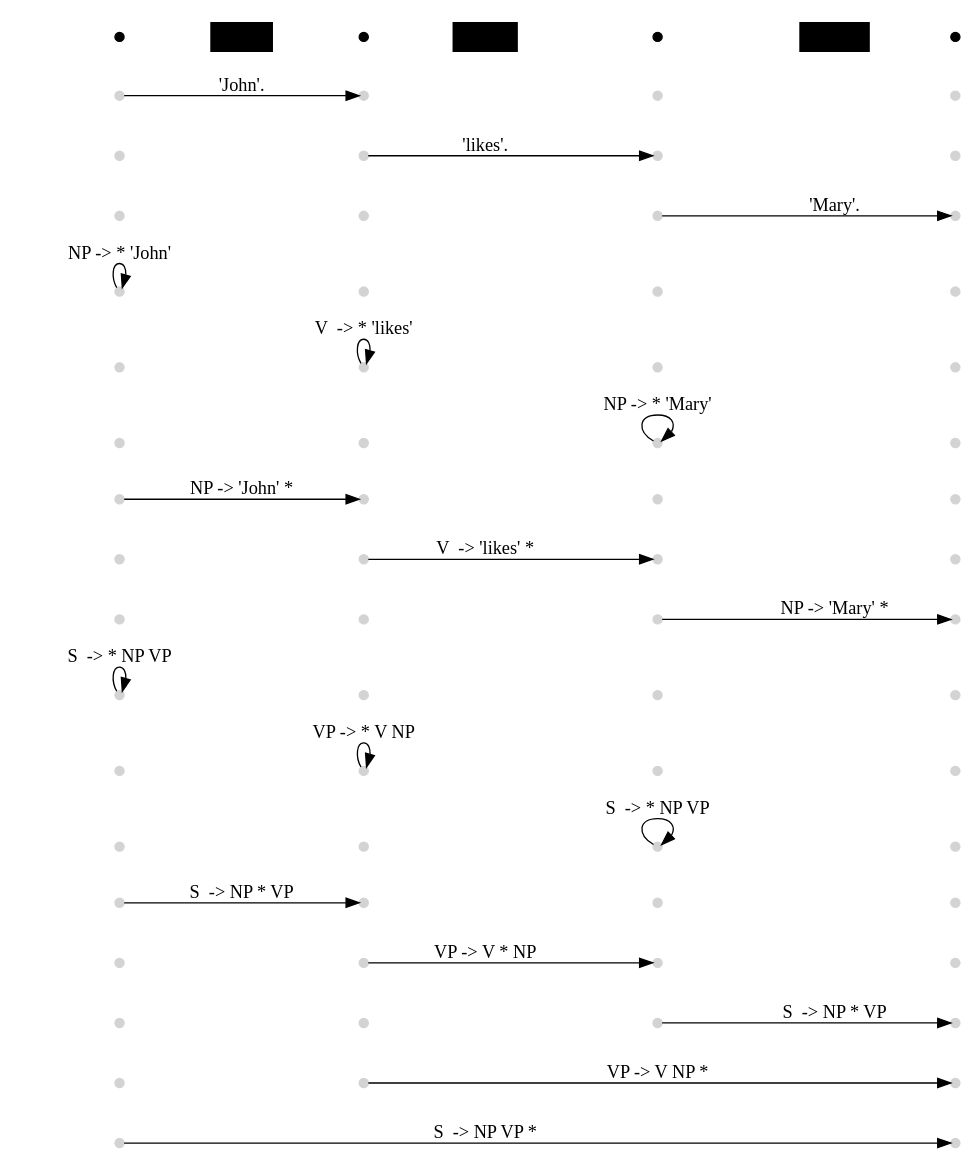
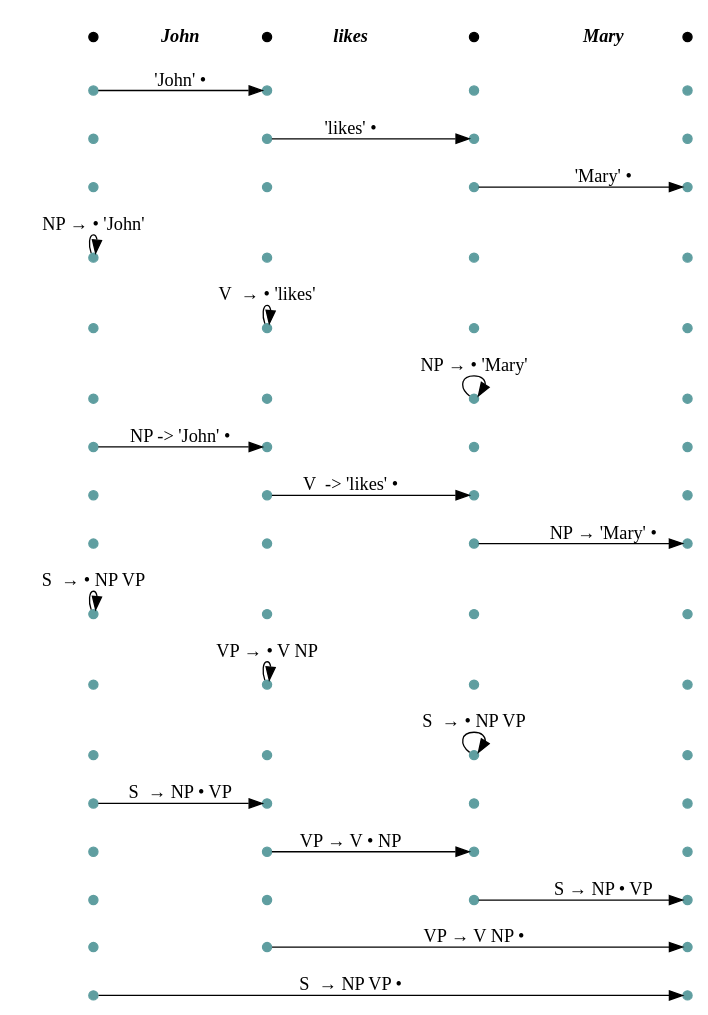
One commit to nltk/nltk_book changed the diagram in images/chart_bottom_up.dot. Above: the diagram before and after it, drawn with Graphviz. The commit also changed 22 other files, not shown here.

```diff
--- a/images/chart_bottom_up.dot
+++ b/images/chart_bottom_up.dot
@@ -1,139 +1,141 @@
 digraph nltk_chart {
   rankdir=LR;
+  ranksep=0.1;	
+  nodesep=0.2;	
   node [height=0.1,width=0.1];
-  node [style=filled, color="lightgray"];
+  node [style=filled, color="cadetblue"];
   0000.0017 [label=""];
   0003.0017 [label=""];
   0000.0016 [label=""];
   0001.0016 [label=""];
   0003.0016 [label=""];
   0000.0015 [label=""];
   0001.0015 [label=""];
   0002.0015 [label=""];
   0003.0015 [label=""];
   0000.0014 [label=""];
   0001.0014 [label=""];
   0002.0014 [label=""];
   0003.0014 [label=""];
   0000.0013 [label=""];
   0001.0013 [label=""];
   0002.0013 [label=""];
   0003.0013 [label=""];
   0000.0012 [label=""];
   0001.0012 [label=""];
   0002.0012 [label=""];
   0003.0012 [label=""];
   0000.0011 [label=""];
   0001.0011 [label=""];
   0002.0011 [label=""];
   0003.0011 [label=""];
   0000.0010 [label=""];
   0001.0010 [label=""];
   0002.0010 [label=""];
   0003.0010 [label=""];
   0000.0009 [label=""];
   0001.0009 [label=""];
   0002.0009 [label=""];
   0003.0009 [label=""];
   0000.0008 [label=""];
   0001.0008 [label=""];
   0002.0008 [label=""];
   0003.0008 [label=""];
   0000.0007 [label=""];
   0001.0007 [label=""];
   0002.0007 [label=""];
   0003.0007 [label=""];
   0000.0006 [label=""];
   0001.0006 [label=""];
   0002.0006 [label=""];
   0003.0006 [label=""];
   0000.0005 [label=""];
   0001.0005 [label=""];
   0002.0005 [label=""];
   0003.0005 [label=""];
   0000.0004 [label=""];
   0001.0004 [label=""];
   0002.0004 [label=""];
   0003.0004 [label=""];
   0000.0003 [label=""];
   0001.0003 [label=""];
   0002.0003 [label=""];
   0003.0003 [label=""];
   0000.0002 [label=""];
   0001.0002 [label=""];
   0002.0002 [label=""];
   0003.0002 [label=""];
   0000.0001 [label=""];
   0001.0001 [label=""];
   0002.0001 [label=""];
   0003.0001 [label=""];
   node [style=filled, color="black"];
   0000.0000 [label=""];
   0001.0000 [label=""];
   0002.0000 [label=""];
   0003.0000 [label=""];
   x [style=invis]; x->0000.0000 [style=invis];
   {rank=same; 0000.0000 0000.0001 0000.0002 0000.0003 0000.0004 0000.0005 0000.0006 0000.0007 0000.0008 0000.0009 0000.0010 0000.0011 0000.0012 0000.0013 0000.0014 0000.0015 0000.0016 0000.0017}
   {rank=same; 0001.0000 0001.0001 0001.0002 0001.0003 0001.0004 0001.0005 0001.0006 0001.0007 0001.0008 0001.0009 0001.0010 0001.0011 0001.0012 0001.0013 0001.0014 0001.0015 0001.0016}
   {rank=same; 0002.0000 0002.0001 0002.0002 0002.0003 0002.0004 0002.0005 0002.0006 0002.0007 0002.0008 0002.0009 0002.0010 0002.0011 0002.0012 0002.0013 0002.0014 0002.0015}
   {rank=same; 0003.0000 0003.0001 0003.0002 0003.0003 0003.0004 0003.0005 0003.0006 0003.0007 0003.0008 0003.0009 0003.0010 0003.0011 0003.0012 0003.0013 0003.0014 0003.0015 0003.0016 0003.0017}
   edge [style=invis, weight=100];
-  node [shape=plaintext]
+  node [shape=plaintext,fillcolor=white, fontname="Times-BoldItalic"]
   0000.0000->John->0001.0000->likes->0002.0000->Mary->0003.0000;
 
-  edge [style=solid, weight=1];
-  0000.0001 -> 0001.0001 [label="'John'."];
+  edge [style=solid, weight=1, fontname=LucidaGrande];
+  0000.0001 -> 0001.0001 [label="'John' &bull;"];
   0001.0001 -> 0002.0001 [style="invis"];
   0002.0001 -> 0003.0001 [style="invis"];
   0000.0002 -> 0001.0002 [style="invis"];
-  0001.0002 -> 0002.0002 [label="'likes'."];
+  0001.0002 -> 0002.0002 [label="'likes' &bull;"];
   0002.0002 -> 0003.0002 [style="invis"];
   0000.0003 -> 0001.0003 [style="invis"];
   0001.0003 -> 0002.0003 [style="invis"];
-  0002.0003 -> 0003.0003 [label="'Mary'."];
-  0000.0004 -> 0000.0004 [label="NP -> * 'John'"];
+  0002.0003 -> 0003.0003 [label="'Mary' &bull;"];
+  0000.0004 -> 0000.0004 [label="NP &rarr; &bull; 'John'"];
   0000.0004 -> 0001.0004 [style="invis"];
   0001.0004 -> 0002.0004 [style="invis"];
   0002.0004 -> 0003.0004 [style="invis"];
   0000.0005 -> 0001.0005 [style="invis"];
-  0001.0005 -> 0001.0005 [label="V  -> * 'likes'"];
+  0001.0005 -> 0001.0005 [label="V  &rarr; &bull; 'likes'"];
   0001.0005 -> 0002.0005 [style="invis"];
   0002.0005 -> 0003.0005 [style="invis"];
   0000.0006 -> 0001.0006 [style="invis"];
   0001.0006 -> 0002.0006 [style="invis"];
-  0002.0006 -> 0002.0006 [label="NP -> * 'Mary'"];
+  0002.0006 -> 0002.0006 [label="NP &rarr; &bull; 'Mary'"];
   0002.0006 -> 0003.0006 [style="invis"];
-  0000.0007 -> 0001.0007 [label="NP -> 'John' *"];
+  0000.0007 -> 0001.0007 [label="NP -> 'John' &bull;"];
   0001.0007 -> 0002.0007 [style="invis"];
   0002.0007 -> 0003.0007 [style="invis"];
   0000.0008 -> 0001.0008 [style="invis"];
-  0001.0008 -> 0002.0008 [label="V  -> 'likes' *"];
+  0001.0008 -> 0002.0008 [label="V  -> 'likes' &bull;"];
   0002.0008 -> 0003.0008 [style="invis"];
   0000.0009 -> 0001.0009 [style="invis"];
   0001.0009 -> 0002.0009 [style="invis"];
-  0002.0009 -> 0003.0009 [label="NP -> 'Mary' *"];
-  0000.0010 -> 0000.0010 [label="S  -> * NP VP"];
+  0002.0009 -> 0003.0009 [label="NP &rarr; 'Mary' &bull;"];
+  0000.0010 -> 0000.0010 [label="S  &rarr; &bull; NP VP"];
   0000.0010 -> 0001.0010 [style="invis"];
   0001.0010 -> 0002.0010 [style="invis"];
   0002.0010 -> 0003.0010 [style="invis"];
   0000.0011 -> 0001.0011 [style="invis"];
-  0001.0011 -> 0001.0011 [label="VP -> * V NP"];
+  0001.0011 -> 0001.0011 [label="VP &rarr; &bull; V NP"];
   0001.0011 -> 0002.0011 [style="invis"];
   0002.0011 -> 0003.0011 [style="invis"];
   0000.0012 -> 0001.0012 [style="invis"];
   0001.0012 -> 0002.0012 [style="invis"];
-  0002.0012 -> 0002.0012 [label="S  -> * NP VP"];
+  0002.0012 -> 0002.0012 [label="S  &rarr; &bull; NP VP"];
   0002.0012 -> 0003.0012 [style="invis"];
-  0000.0013 -> 0001.0013 [label="S  -> NP * VP"];
+  0000.0013 -> 0001.0013 [label="S  &rarr; NP &bull; VP"];
   0001.0013 -> 0002.0013 [style="invis"];
   0002.0013 -> 0003.0013 [style="invis"];
   0000.0014 -> 0001.0014 [style="invis"];
-  0001.0014 -> 0002.0014 [label="VP -> V * NP"];
+  0001.0014 -> 0002.0014 [label="VP &rarr; V &bull; NP"];
   0002.0014 -> 0003.0014 [style="invis"];
   0000.0015 -> 0001.0015 [style="invis"];
   0001.0015 -> 0002.0015 [style="invis"];
-  0002.0015 -> 0003.0015 [label="S  -> NP * VP"];
+  0002.0015 -> 0003.0015 [label="S &rarr; NP &bull; VP"];
   0000.0016 -> 0001.0016 [style="invis"];
-  0001.0016 -> 0003.0016 [label="VP -> V NP *"];
-  0000.0017 -> 0003.0017 [label="S  -> NP VP *"];
+  0001.0016 -> 0003.0016 [label="VP &rarr; V NP &bull;"];
+  0000.0017 -> 0003.0017 [label="S  &rarr; NP VP &bull;"];
 }
```
